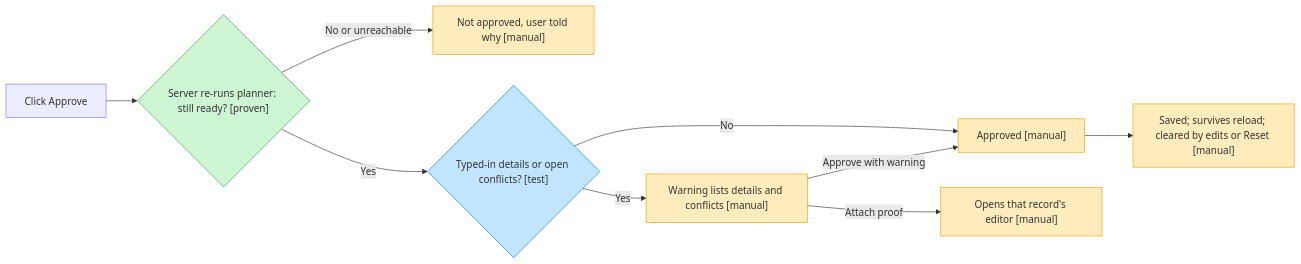
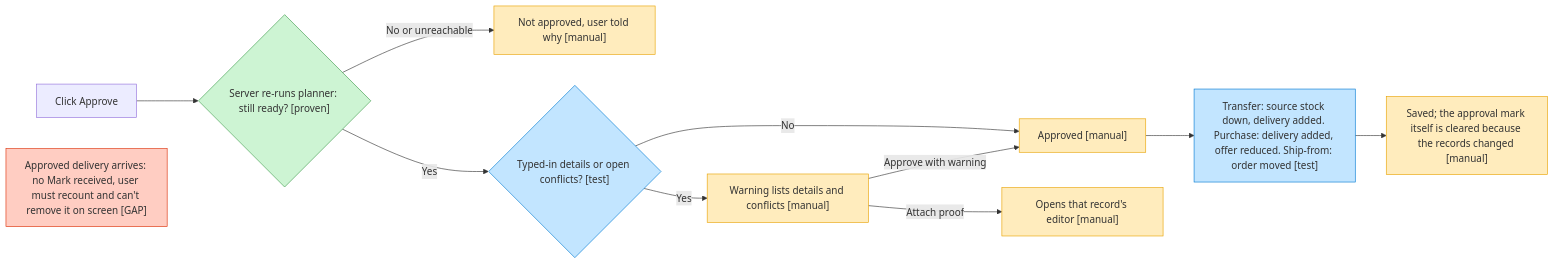
The first of 7 diagrams in docs/07-bug-map.md (gouravhanumante/rehearsal-ai-builder-cup), drawn with Mermaid before and after one commit. The commit also changed other lines of this file and 10 other files, not shown here.

````diff
--- a/docs/07-bug-map.md
+++ b/docs/07-bug-map.md
@@ -16,18 +16,21 @@
 ```mermaid
 flowchart LR
   a["Click Approve"] --> s{"Server re-runs planner: still ready? [proven]"}
   s -->|"No or unreachable"| stop["Not approved, user told why [manual]"]
   s -->|"Yes"| c{"Typed-in details or open conflicts? [test]"}
   c -->|"No"| ok["Approved [manual]"]
   c -->|"Yes"| w["Warning lists details and conflicts [manual]"]
   w -->|"Approve with warning"| ok
   w -->|"Attach proof"| ed["Opens that record's editor [manual]"]
-  ok --> keep["Saved; survives reload; cleared by edits or Reset [manual]"]
+  ok --> ap["Transfer: source stock down, delivery added. Purchase: delivery added, offer reduced. Ship-from: order moved [test]"]
+  ap --> keep["Saved; the approval mark itself is cleared because the records changed [manual]"]
+  rcv["Approved delivery arrives: no Mark received, user must recount and can't remove it on screen [GAP]"]
   classDef proven fill:#CDF4D3,stroke:#3E9B4B
   classDef test fill:#C2E5FF,stroke:#007AD2
   classDef manual fill:#FFECBD,stroke:#E8A302
   classDef gap fill:#FFCDC2,stroke:#DC3009
   class s proven
-  class c test
+  class c,ap test
   class stop,ok,w,ed,keep manual
+  class rcv gap
 ```
````
